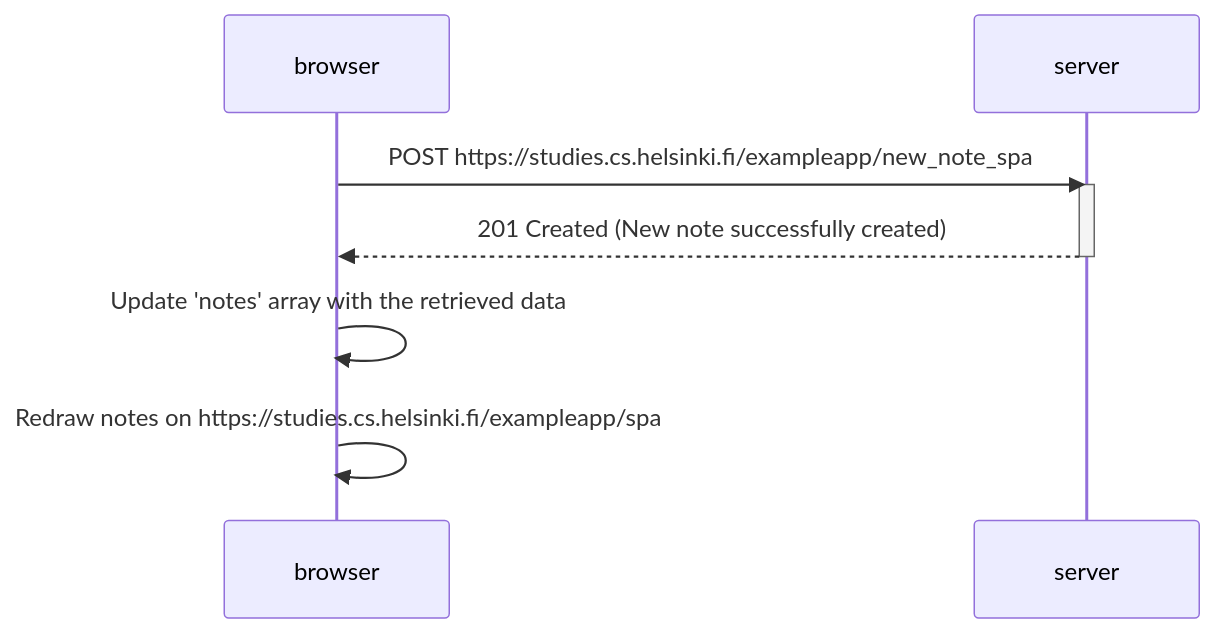
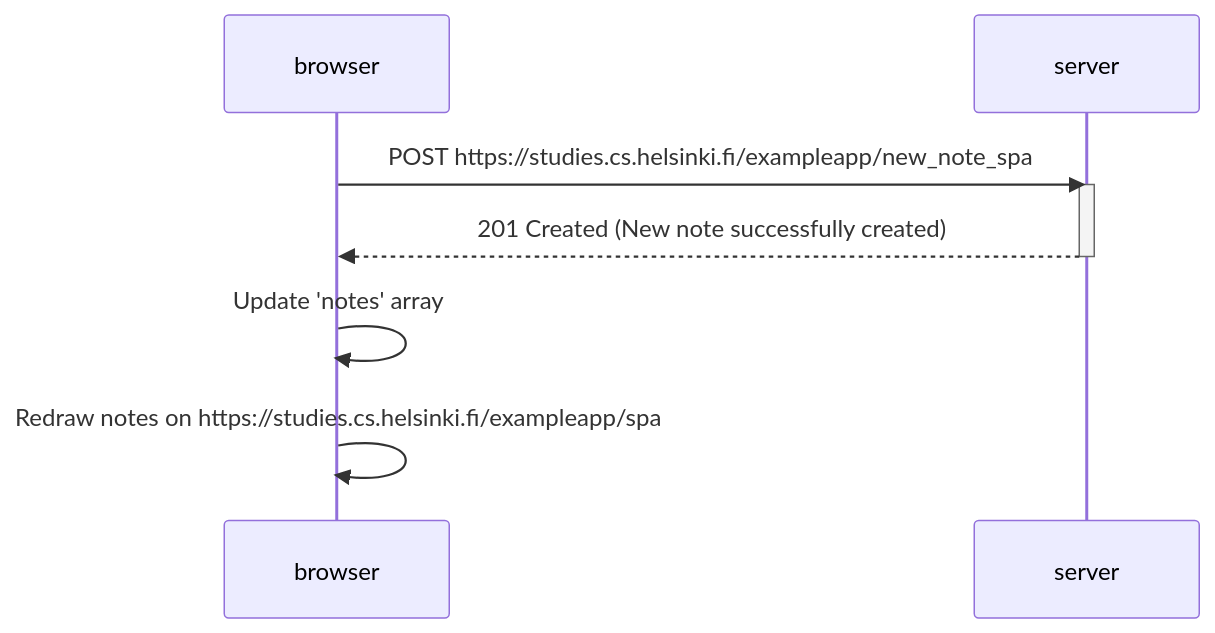
One commit to hejess/fullstackOpen changed the diagram in part0/06singlePageAppPost.mmd. Above: the diagram before and after it, drawn with Mermaid.

```diff
--- a/part0/06singlePageAppPost.mmd
+++ b/part0/06singlePageAppPost.mmd
@@ -1,9 +1,9 @@
 sequenceDiagram
     participant browser
     participant server
     browser->>server: POST https://studies.cs.helsinki.fi/exampleapp/new_note_spa
     activate server
     server-->>browser: 201 Created (New note successfully created)
     deactivate server
-    browser->>browser: Update 'notes' array with the retrieved data
+    browser->>browser: Update 'notes' array
     browser->>browser: Redraw notes on https://studies.cs.helsinki.fi/exampleapp/spa
```
